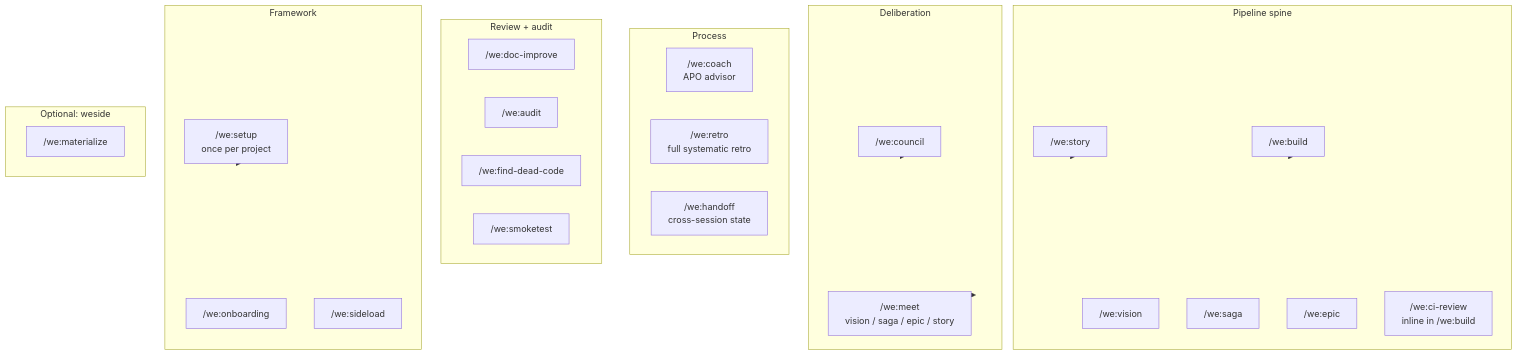
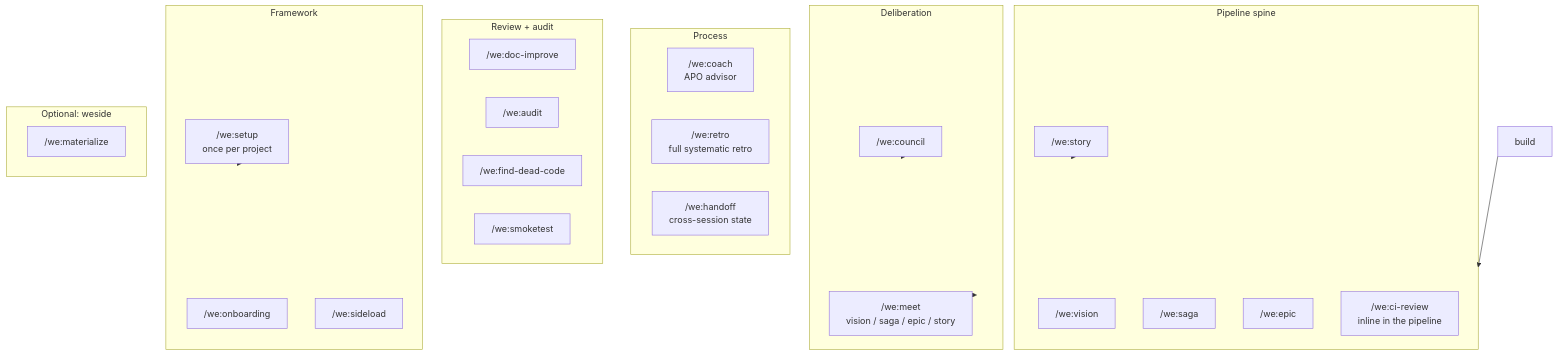
Before and after one commit to weside-ai/claude-code-plugin: the fourth of 4 diagrams in docs/workflow.md, drawn with Mermaid. The commit also changed other lines of this file and 38 other files, not shown here.

````diff
--- a/docs/workflow.md
+++ b/docs/workflow.md
@@ -200,40 +200,39 @@
 ```mermaid
 flowchart TB
     subgraph spine[Pipeline spine]
         vision["/we:vision"]
         saga["/we:saga"]
         epic["/we:epic"]
         story["/we:story"]
-        build["/we:build"]
-        cireview["/we:ci-review<br/>inline in /we:build"]
+        cireview["/we:ci-review<br/>inline in the pipeline"]
     end
     subgraph deliberation[Deliberation]
         council["/we:council"]
         meet["/we:meet<br/>vision / saga / epic / story"]
     end
     subgraph process[Process]
         coach["/we:coach<br/>APO advisor"]
         retro["/we:retro<br/>full systematic retro"]
         handoff["/we:handoff<br/>cross-session state"]
     end
     subgraph review[Review + audit]
         docimprove["/we:doc-improve"]
         audit["/we:audit"]
         find["/we:find-dead-code"]
         smoke["/we:smoketest"]
     end
     subgraph framework[Framework]
         setup["/we:setup<br/>once per project"]
         onboard["/we:onboarding"]
         sideload["/we:sideload"]
     end
     subgraph weside[Optional: weside]
         materialize["/we:materialize"]
     end
 
     setup --> framework
     council --> deliberation
     meet --> deliberation
     story --> spine
     build --> spine
 ```
````
